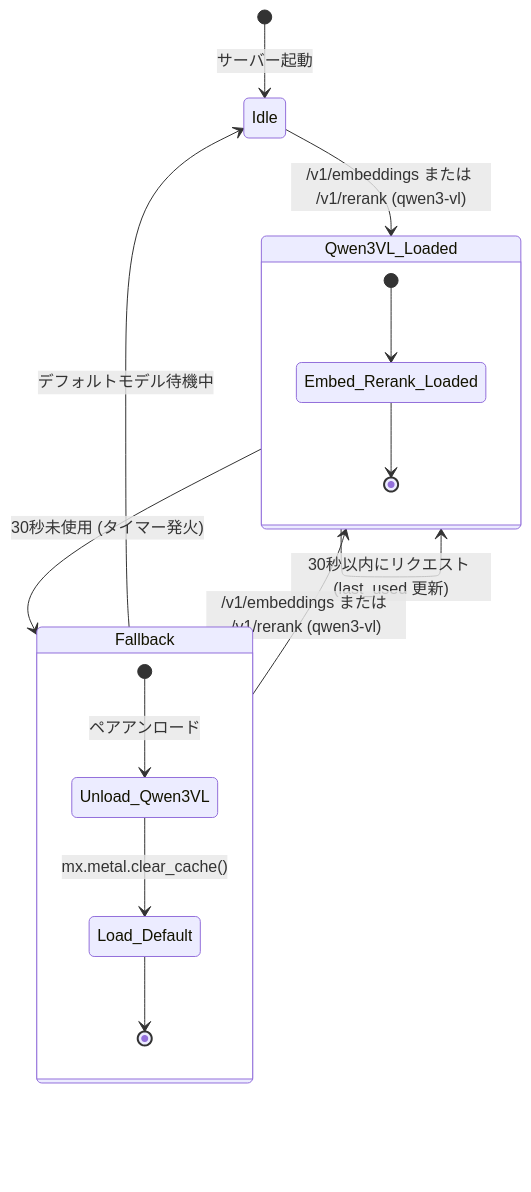
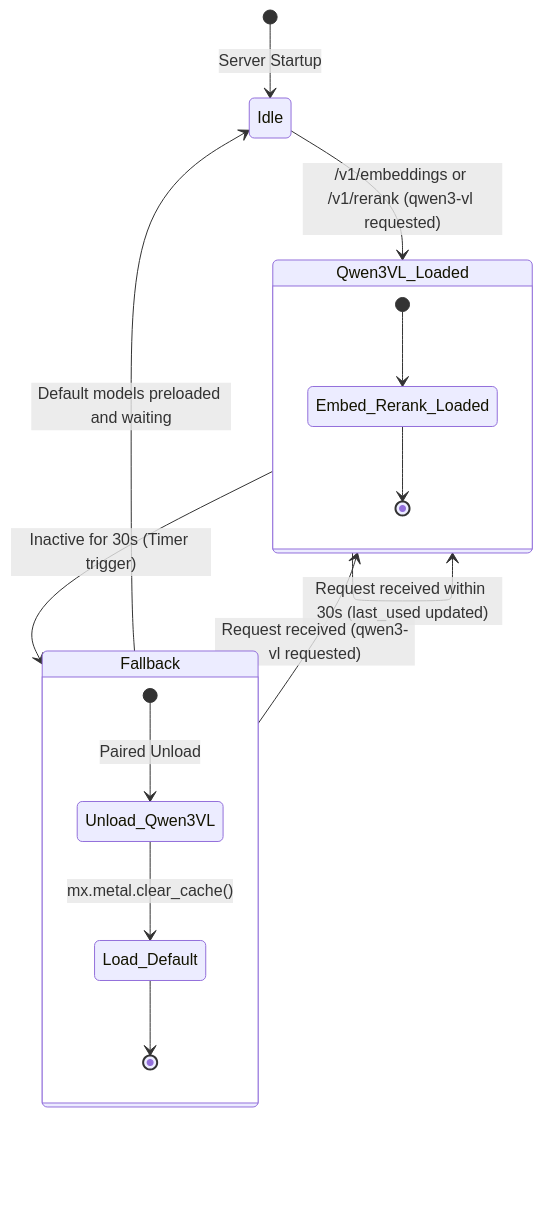
One commit to norizou/mlx-embed-rerank-server changed the first of 2 diagrams in README.md. Above: the diagram before and after it, drawn with Mermaid. The commit also changed other lines of this file and 2 other files, not shown here.

Commit message:
docs: add English README.md, rename original to README_JA.md, and update project name to mlx-embed-rerank-server

````diff
--- a/README.md
+++ b/README.md
@@ -53,20 +51,20 @@
 ```mermaid
 stateDiagram-v2
-    [*] --> Idle : サーバー起動
-    Idle --> Qwen3VL_Loaded : /v1/embeddings または /v1/rerank (qwen3-vl)
-    Qwen3VL_Loaded --> Qwen3VL_Loaded : 30秒以内にリクエスト (last_used 更新)
-    Qwen3VL_Loaded --> Fallback : 30秒未使用 (タイマー発火)
-    Fallback --> Idle : デフォルトモデル待機中
-    Fallback --> Qwen3VL_Loaded : /v1/embeddings または /v1/rerank (qwen3-vl)
+    [*] --> Idle : Server Startup
+    Idle --> Qwen3VL_Loaded : /v1/embeddings or /v1/rerank (qwen3-vl requested)
+    Qwen3VL_Loaded --> Qwen3VL_Loaded : Request received within 30s (last_used updated)
+    Qwen3VL_Loaded --> Fallback : Inactive for 30s (Timer trigger)
+    Fallback --> Idle : Default models preloaded and waiting
+    Fallback --> Qwen3VL_Loaded : Request received (qwen3-vl requested)
 
     state Qwen3VL_Loaded {
         [*] --> Embed_Rerank_Loaded
         Embed_Rerank_Loaded --> [*]
     }
 
     state Fallback {
-        [*] --> Unload_Qwen3VL : ペアアンロード
+        [*] --> Unload_Qwen3VL : Paired Unload
         Unload_Qwen3VL --> Load_Default : mx.metal.clear_cache()
         Load_Default --> [*]
     }
 ```
````
